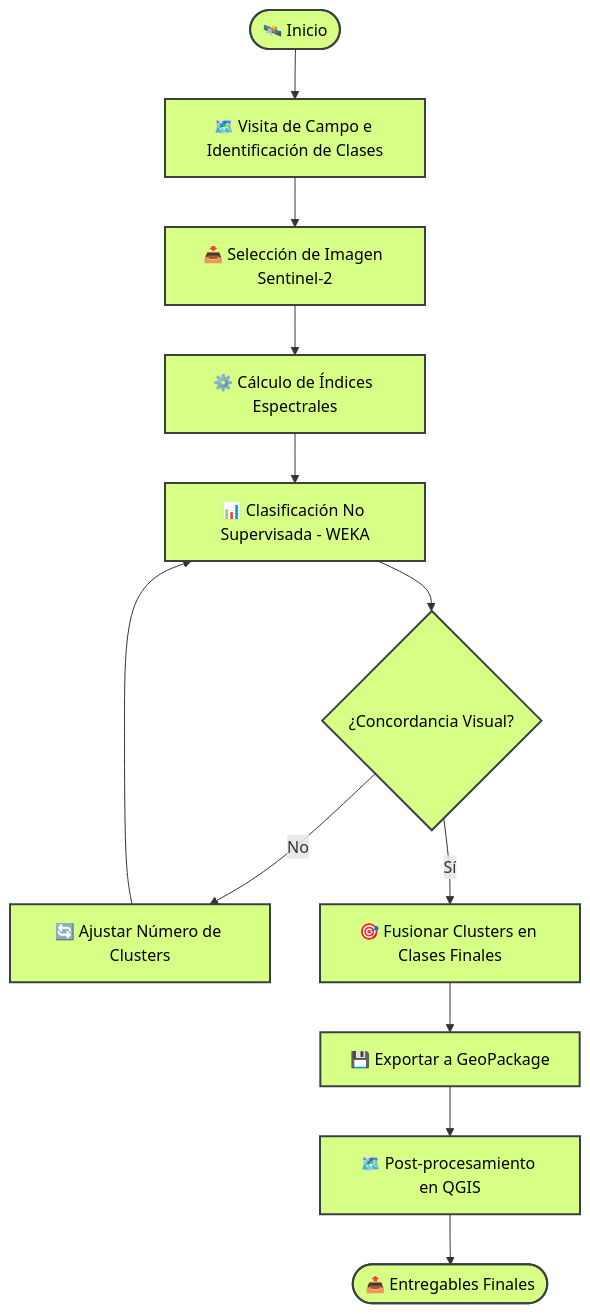
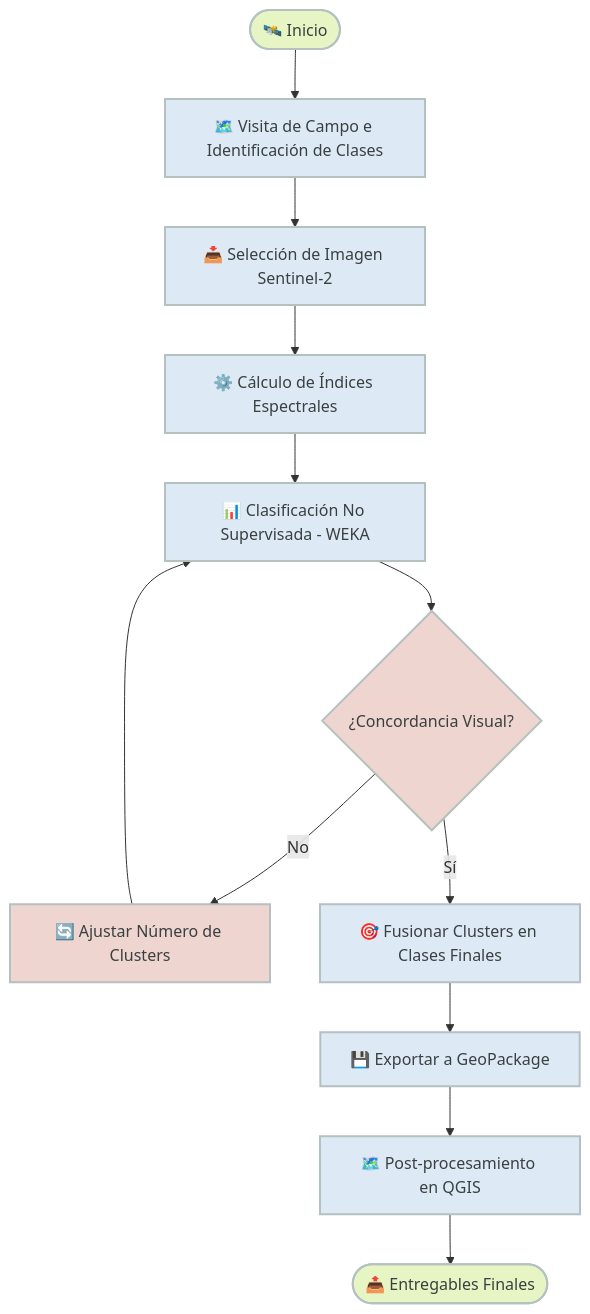
One commit to Joaquin-Urruti/joaquinurruti-website changed the diagram in es/docs/portfolio/projects/sentinel2-land-cover-classification.md. Above: the diagram before and after it, drawn with Mermaid. The commit also changed other lines of this file and 5 other files, not shown here.

First line of the commit message:
Enhance project documentation with mermaid diagrams for clarity and visual appeal

````diff
--- a/es/docs/portfolio/projects/sentinel2-land-cover-classification.md
+++ b/es/docs/portfolio/projects/sentinel2-land-cover-classification.md
@@ -63,24 +64,24 @@
 ```mermaid
 flowchart TD
     Start([🛰️ Inicio]) --> FieldVisit[🗺️ Visita de Campo e Identificación de Clases]
     FieldVisit --> ImageSelect[📥 Selección de Imagen Sentinel-2]
     ImageSelect --> Indices[⚙️ Cálculo de Índices Espectrales]
     Indices --> Cluster[📊 Clasificación No Supervisada - WEKA]
     Cluster --> Evaluate{¿Concordancia Visual?}
     Evaluate -->|No| Adjust[🔄 Ajustar Número de Clusters]
     Adjust --> Cluster
     Evaluate -->|Sí| Merge[🎯 Fusionar Clusters en Clases Finales]
     Merge --> Export[💾 Exportar a GeoPackage]
     Export --> PostProc[🗺️ Post-procesamiento en QGIS]
     PostProc --> Deliver([📤 Entregables Finales])
 
-    classDef startEnd fill:#D8FF85,stroke:#3A4040,stroke-width:2px,color:#000
-    classDef process fill:#D8FF85,stroke:#3A4040,stroke-width:2px,color:#000
-    classDef decision fill:#D8FF85,stroke:#3A4040,stroke-width:2px,color:#000
-    classDef adjust fill:#D8FF85,stroke:#3A4040,stroke-width:2px,color:#000
+    classDef startEnd fill:#E7F5C5,stroke:#B5C0C0,stroke-width:2px,color:#3A4040
+    classDef process fill:#DDEAF6,stroke:#B5C0C0,stroke-width:2px,color:#3A4040
+    classDef decision fill:#EED5CF,stroke:#B5C0C0,stroke-width:2px,color:#3A4040
+    classDef adjust fill:#EED5CF,stroke:#B5C0C0,stroke-width:2px,color:#3A4040
 
     class Start,Deliver startEnd
     class FieldVisit,ImageSelect,Indices,Cluster,Merge,Export,PostProc process
     class Evaluate decision
     class Adjust adjust
 ```
````
